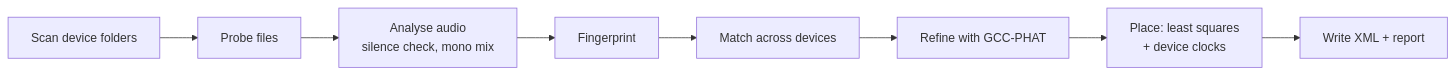
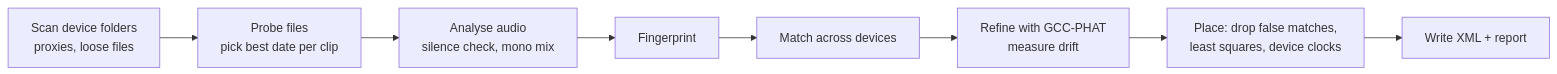
One commit to dyanez-arch/slingsync changed the diagram in docs/how-it-works.md. Above: the diagram before and after it, drawn with Mermaid. The commit also changed other lines of this file and 7 other files, not shown here.

````diff
--- a/docs/how-it-works.md
+++ b/docs/how-it-works.md
@@ -5,10 +5,10 @@
 ```mermaid
 flowchart LR
-  A[Scan device folders] --> B[Probe files]
+  A[Scan device folders<br/>proxies, loose files] --> B[Probe files<br/>pick best date per clip]
   B --> C[Analyse audio<br/>silence check, mono mix]
   C --> D[Fingerprint]
   D --> E[Match across devices]
-  E --> F[Refine with GCC-PHAT]
-  F --> G[Place: least squares<br/>+ device clocks]
+  E --> F[Refine with GCC-PHAT<br/>measure drift]
+  F --> G[Place: drop false matches,<br/>least squares, device clocks]
   G --> H[Write XML + report]
 ```
````
